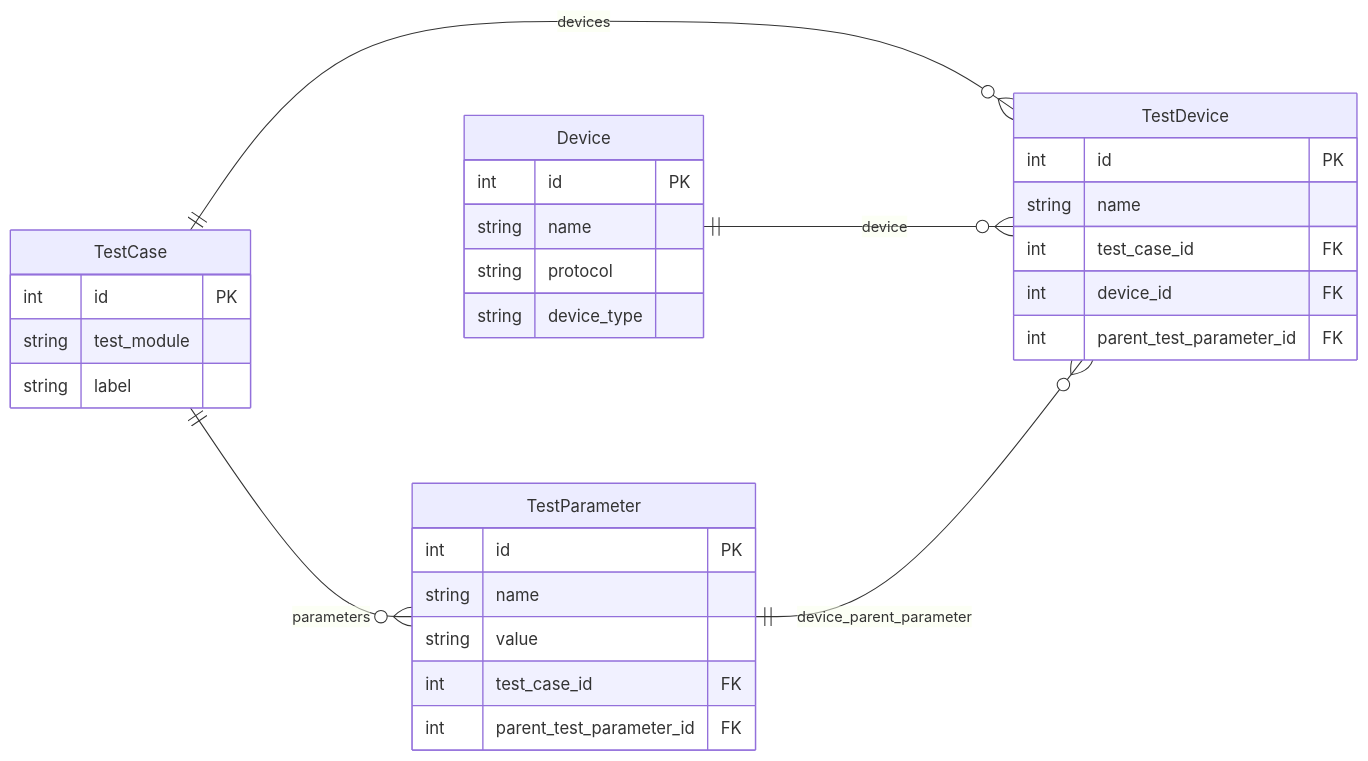
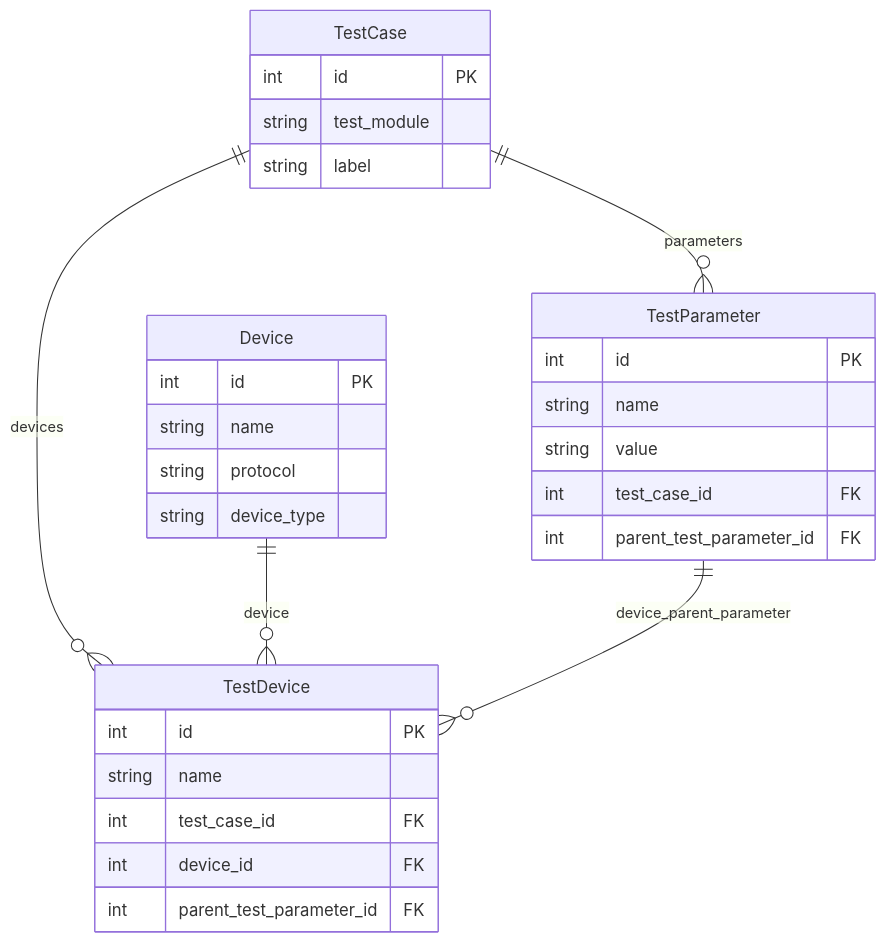
Before and after one commit to DiagNet/Buch: the diagram in assets/erd_struktur.mmd, drawn with Mermaid. The commit also changed 2 other files, not shown here.

Commit message:
08: rotate ER diagram

```diff
--- a/assets/erd_struktur.mmd
+++ b/assets/erd_struktur.mmd
@@ -1,33 +1,33 @@
 erDiagram
-    direction LR
+    direction TB
     Device {
         int id PK
         string name
         string protocol
         string device_type
     }
     TestCase {
         int id PK
         string test_module
         string label
     }
     TestDevice {
         int id PK
         string name
         int test_case_id FK
         int device_id FK
         int parent_test_parameter_id FK
     }
     TestParameter {
         int id PK
         string name
         string value
         int test_case_id FK
         int parent_test_parameter_id FK
     }
 
     TestCase ||--o{ TestDevice : "devices"
     TestCase ||--o{ TestParameter : "parameters"
     Device ||--o{ TestDevice : "device"
     %% TestParameter ||--o{ TestParameter : "parent_parameter"
     TestParameter ||--o{ TestDevice : "device_parent_parameter"
```
